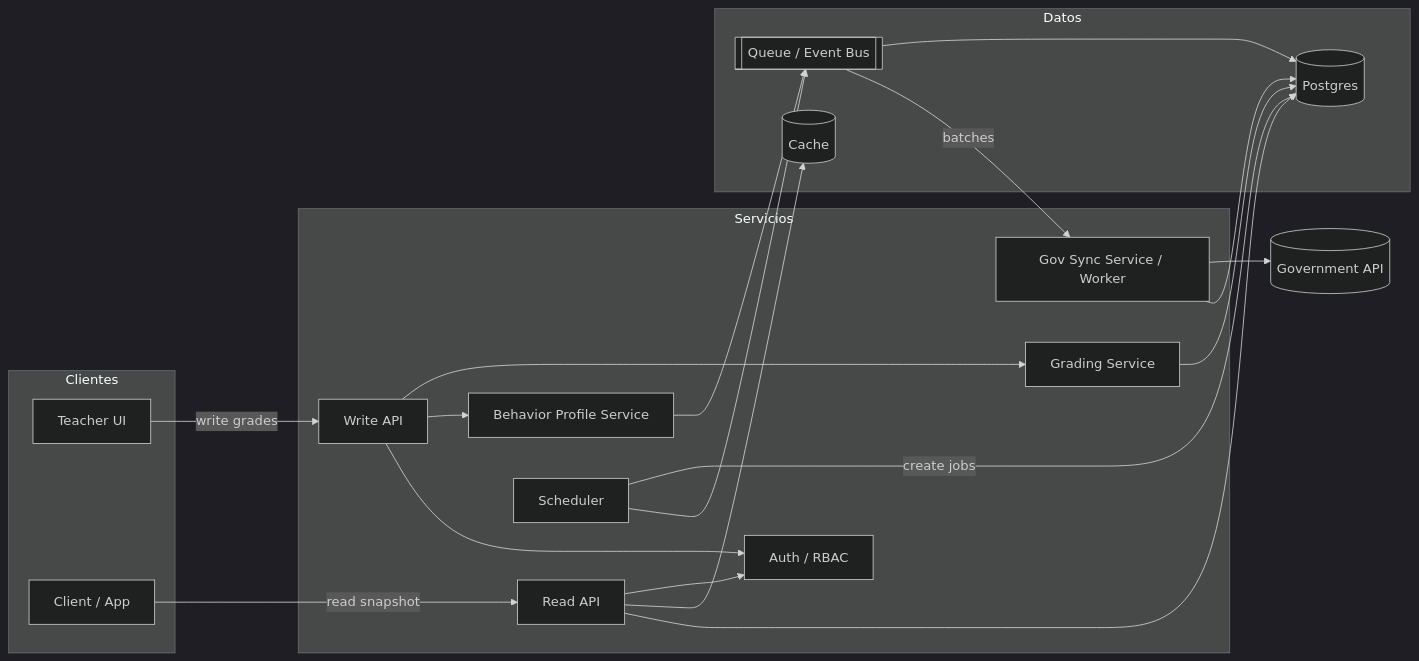
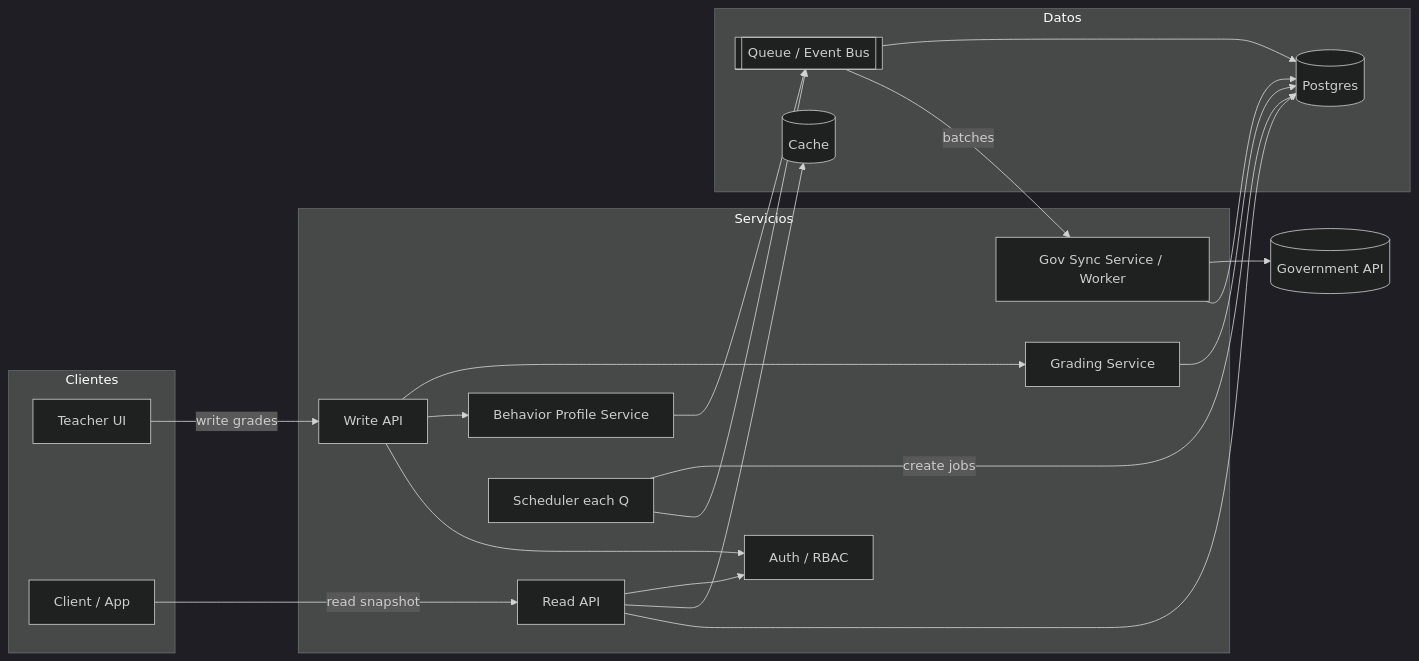
The first of 6 diagrams in docs/SYSTEM_DESIGN.md (hitzu/luca-home-assessment), drawn with Mermaid (dark theme) before and after one commit. The commit also changed other lines of this file and 10 other files, not shown here.

````diff
--- a/docs/SYSTEM_DESIGN.md
+++ b/docs/SYSTEM_DESIGN.md
@@ -21,41 +21,41 @@
 ```mermaid
 flowchart LR
   subgraph Clientes
     T[Teacher UI]
     C[Client / App]
   end
 
   subgraph Servicios
     APIW[Write API]
     APIR[Read API]
     G[Grading Service]
     B[Behavior Profile Service]
     S[Gov Sync Service / Worker]
     A[Auth / RBAC]
-    SCH[Scheduler]
+    SCH[Scheduler each Q]
   end
 
   subgraph Datos
     PG[(Postgres)]
     Q[[Queue / Event Bus]]
     Cache[(Cache)]
   end
 
   GOV[(Government API)]
 
   %% Write path (grades & events)
   T -->|write grades| APIW --> G --> PG
   APIW --> B --> Q --> PG
   APIW --> A
 
   %% Read path (snapshot)
   C -->|read snapshot| APIR --> A
   APIR --> Cache
   APIR --> PG
 
   %% Gov sync path (batch)
   SCH -->|create jobs| PG
   SCH --> Q
   Q -->|batches| S --> GOV
   S --> PG
 ```
````
